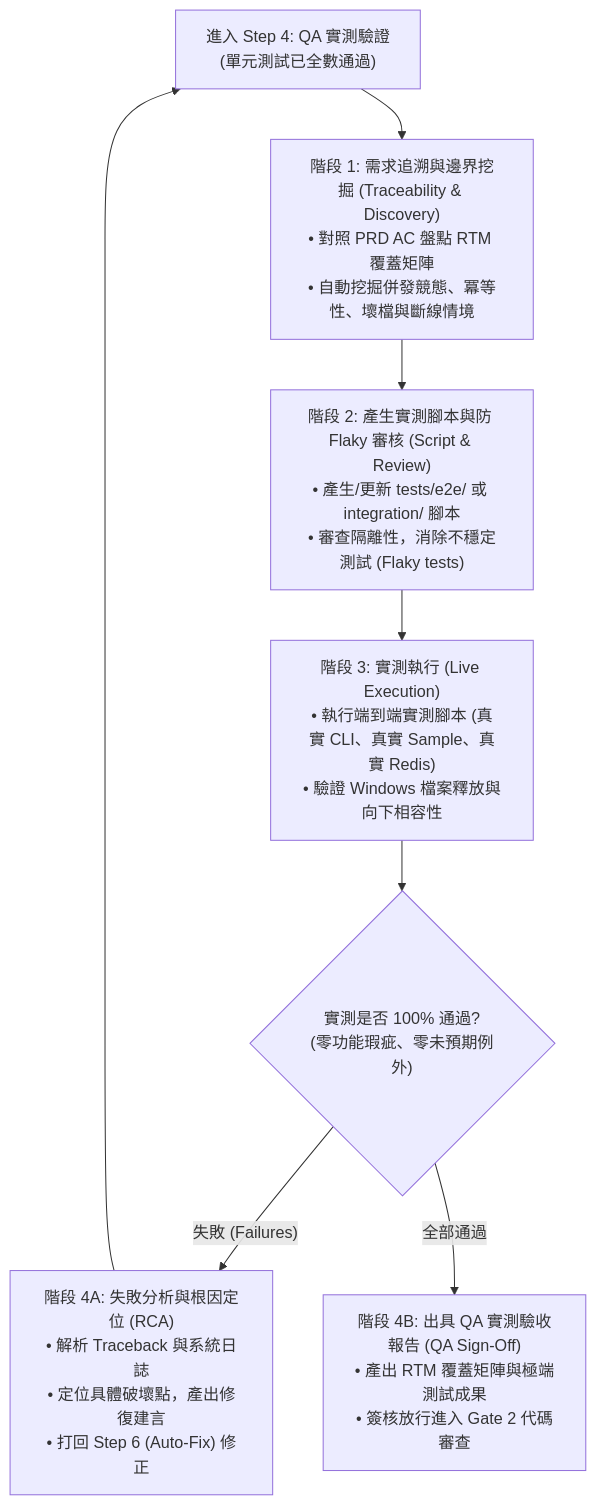
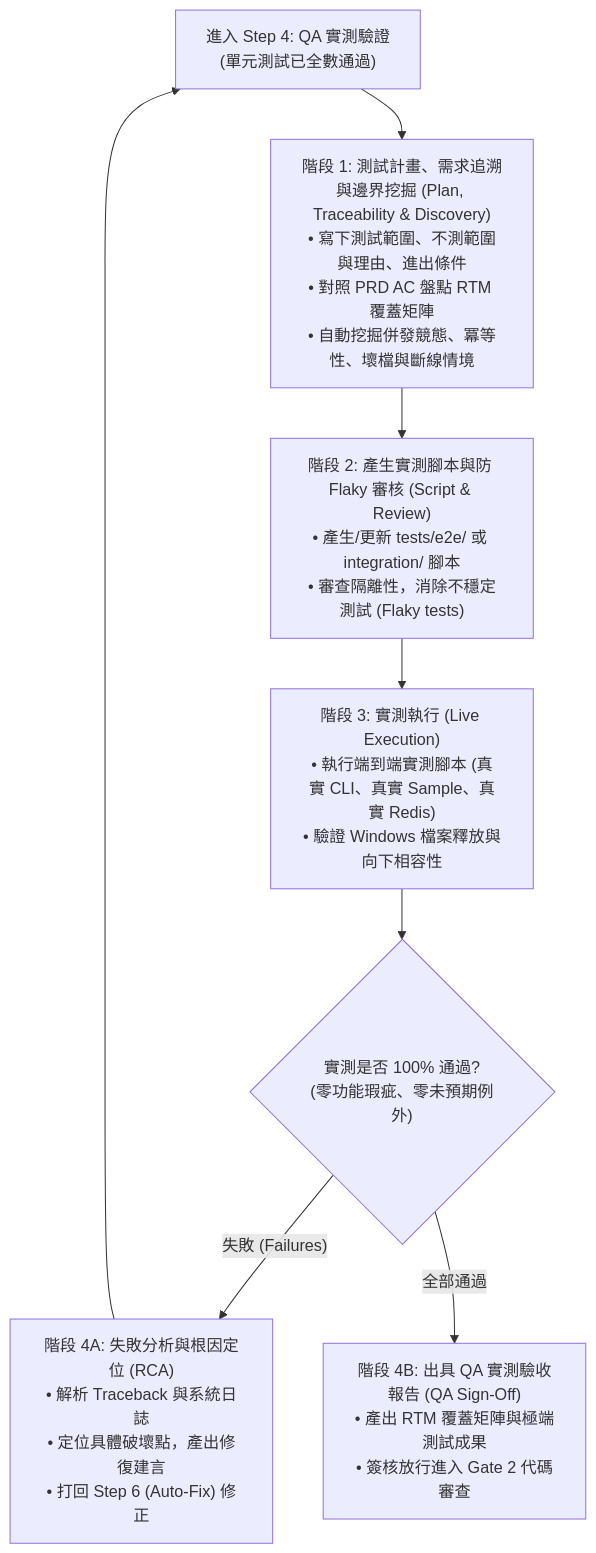
One commit to williamcccc/resume-transform-search changed the diagram in .agents/skills/qa-testing/SKILL.md. Above: the diagram before and after it, drawn with Mermaid. The commit also changed other lines of this file and 1 other file, not shown here.

First line of the commit message:
docs: QA 報告補測試計畫、RTM 狀態細分與品質評測章節

````diff
--- a/.agents/skills/qa-testing/SKILL.md
+++ b/.agents/skills/qa-testing/SKILL.md
@@ -47,14 +51,14 @@
 ```mermaid
 flowchart TD
-    Start["進入 Step 4: QA 實測驗證<br>(單元測試已全數通過)"] --> Phase1["階段 1: 需求追溯與邊界挖掘 (Traceability & Discovery)<br>• 對照 PRD AC 盤點 RTM 覆蓋矩陣<br>• 自動挖掘併發競態、冪等性、壞檔與斷線情境"]
+    Start["進入 Step 4: QA 實測驗證<br>(單元測試已全數通過)"] --> Phase1["階段 1: 測試計畫、需求追溯與邊界挖掘 (Plan, Traceability & Discovery)<br>• 寫下測試範圍、不測範圍與理由、進出條件<br>• 對照 PRD AC 盤點 RTM 覆蓋矩陣<br>• 自動挖掘併發競態、冪等性、壞檔與斷線情境"]
     
     Phase1 --> Phase2["階段 2: 產生實測腳本與防 Flaky 審核 (Script & Review)<br>• 產生/更新 tests/e2e/ 或 integration/ 腳本<br>• 審查隔離性，消除不穩定測試 (Flaky tests)"]
     
     Phase2 --> Phase3["階段 3: 實測執行 (Live Execution)<br>• 執行端到端實測腳本 (真實 CLI、真實 Sample、真實 Redis)<br>• 驗證 Windows 檔案釋放與向下相容性"]
     
     Phase3 --> Check{"實測是否 100% 通過?<br>(零功能瑕疵、零未預期例外)"}
     Check -->|"失敗 (Failures)"| RCA["階段 4A: 失敗分析與根因定位 (RCA)<br>• 解析 Traceback 與系統日誌<br>• 定位具體破壞點，產出修復建言<br>• 打回 Step 6 (Auto-Fix) 修正"]
     RCA --> Start
     
     Check -->|"全部通過"| Phase4["階段 4B: 出具 QA 實測驗收報告 (QA Sign-Off)<br>• 產出 RTM 覆蓋矩陣與極端測試成果<br>• 簽核放行進入 Gate 2 代碼審查"]
 ```
````
